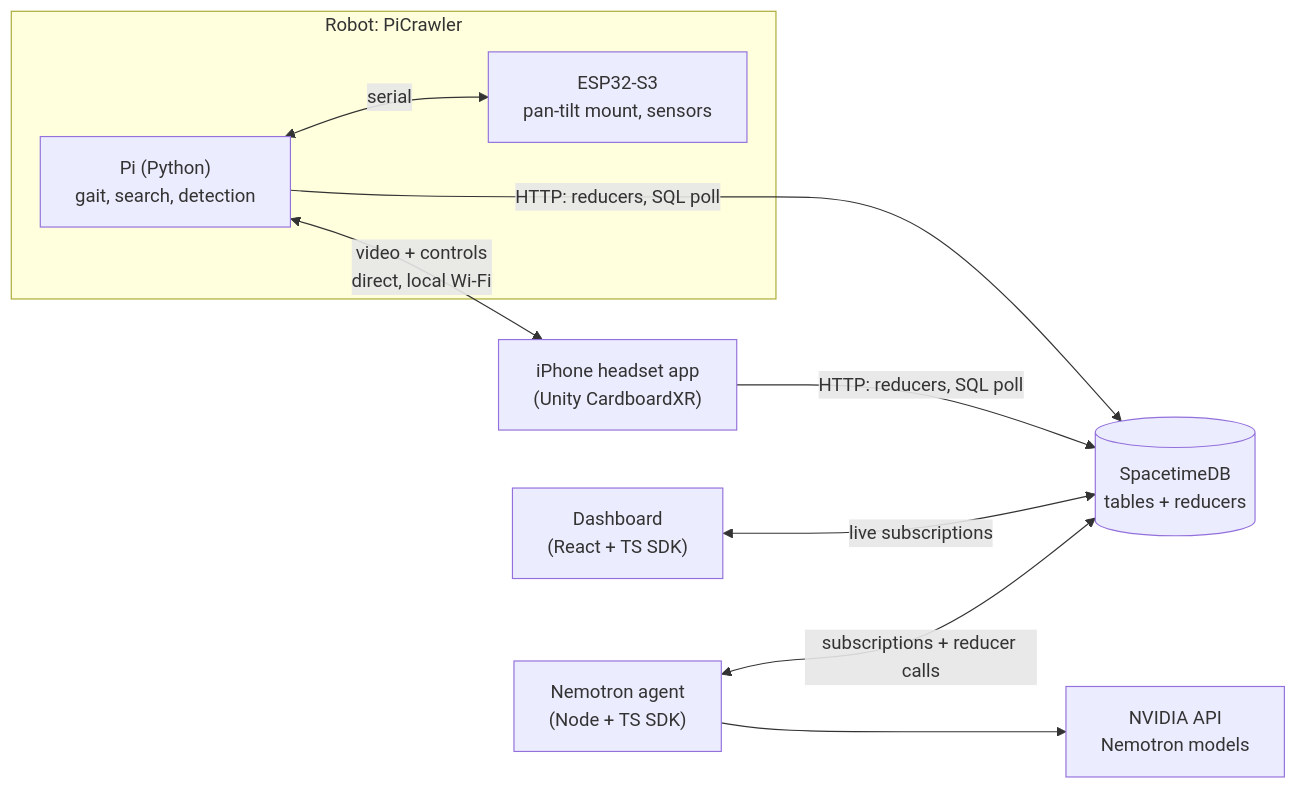
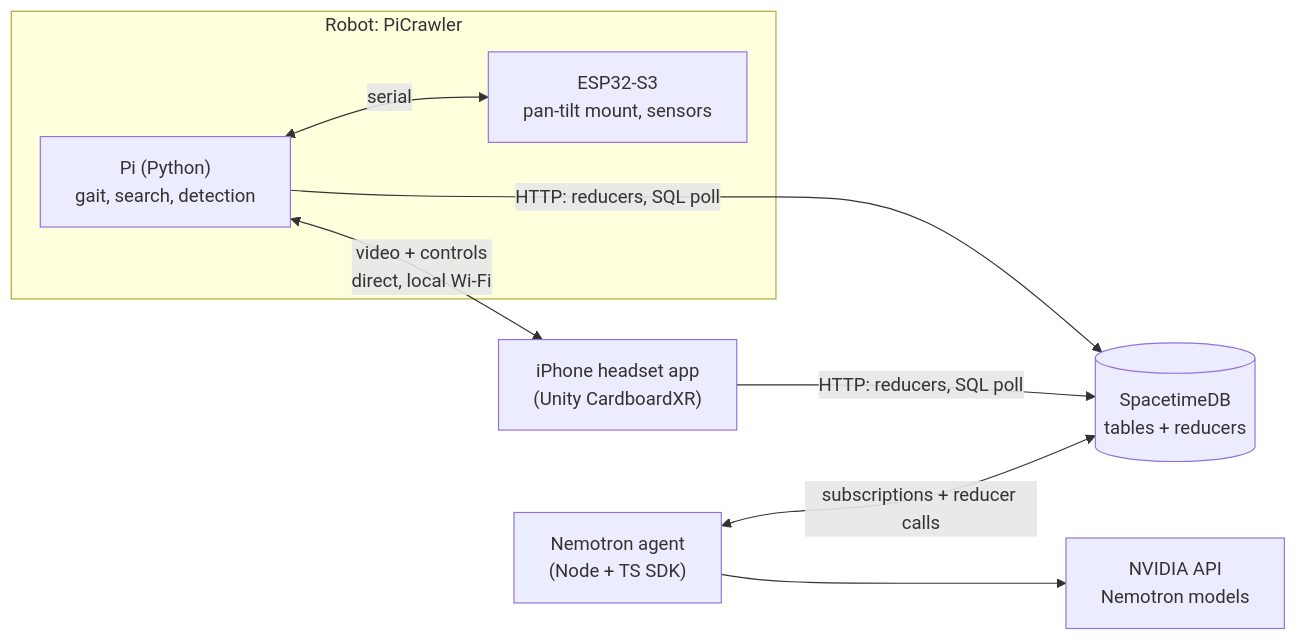
Before and after one commit to tanushchauhan/four-sight: the diagram in docs/plan.md, drawn with Mermaid. The commit also changed other lines of this file, not shown here.

Commit message:
Drop the dashboard from the plan and keep the Unity Cardboard visor.

````diff
--- a/docs/plan.md
+++ b/docs/plan.md
@@ -29,20 +29,18 @@
 ```mermaid
 flowchart LR
   subgraph Robot["Robot: PiCrawler"]
     PI["Pi (Python)<br/>gait, search, detection"]
     ESP["ESP32-S3<br/>pan-tilt mount, sensors"]
   end
   PHONE["iPhone headset app<br/>(Unity CardboardXR)"]
   STDB[("SpacetimeDB<br/>tables + reducers")]
-  DASH["Dashboard<br/>(React + TS SDK)"]
   AGENT["Nemotron agent<br/>(Node + TS SDK)"]
   NIM["NVIDIA API<br/>Nemotron models"]
 
   PI <-->|"video + controls<br/>direct, local Wi-Fi"| PHONE
   PI <-->|serial| ESP
   PI -->|HTTP: reducers, SQL poll| STDB
   PHONE -->|HTTP: reducers, SQL poll| STDB
-  DASH <-->|live subscriptions| STDB
   AGENT <-->|subscriptions + reducer calls| STDB
   AGENT --> NIM
 ```
````
